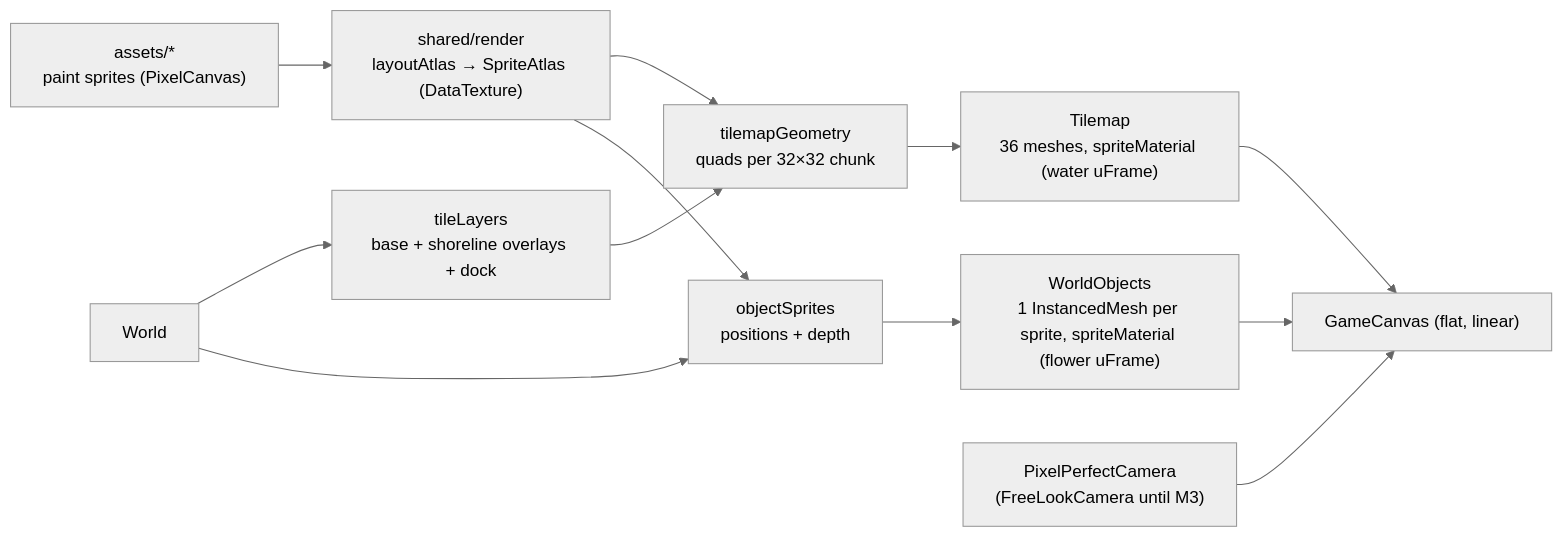
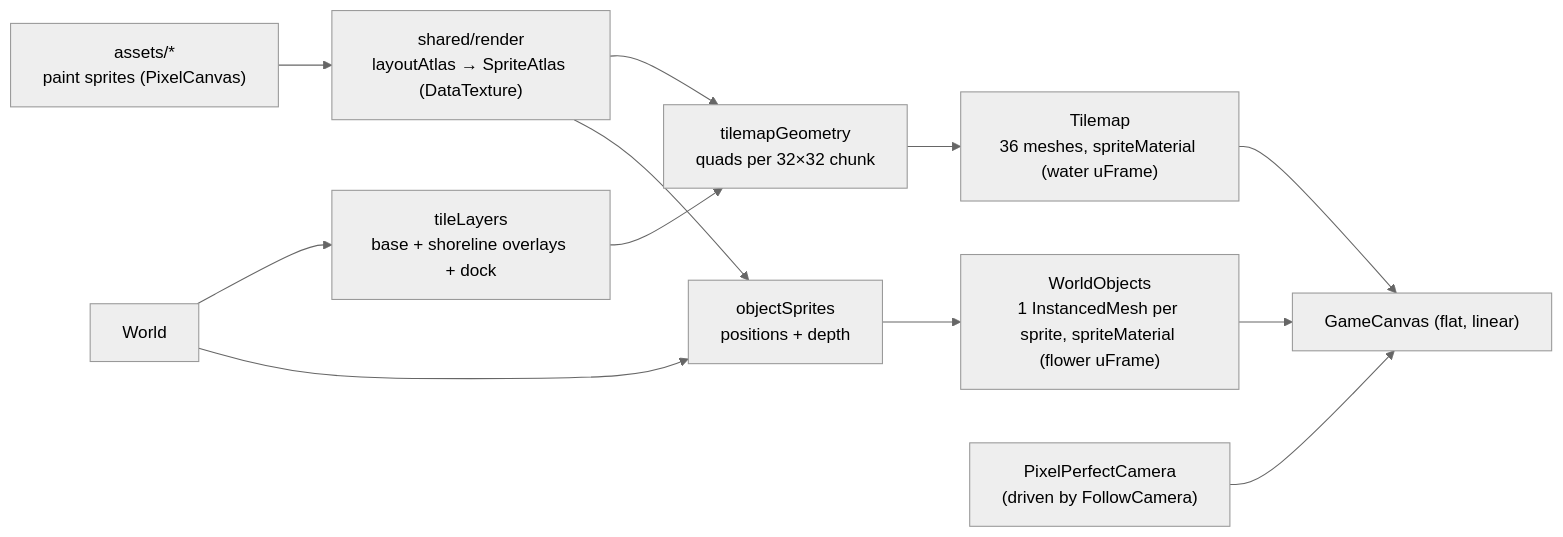
Before and after one commit to charlesj29/slow-living: the third of 3 diagrams in docs/ARCHITECTURE.md, drawn with Mermaid (neutral theme). The commit also changed other lines of this file and 39 other files, not shown here.

First line of the commit message:
feat(island): M3 player - explorer character, movement with collision, follow camera

````diff
--- a/docs/ARCHITECTURE.md
+++ b/docs/ARCHITECTURE.md
@@ -147,14 +172,14 @@
 ```mermaid
 flowchart LR
   Paint["assets/*<br/>paint sprites (PixelCanvas)"] --> Atlas["shared/render<br/>layoutAtlas → SpriteAtlas (DataTexture)"]
   World["World"] --> Layers["tileLayers<br/>base + shoreline overlays + dock"]
   Layers --> Geo["tilemapGeometry<br/>quads per 32×32 chunk"]
   Atlas --> Geo
   Geo --> Tilemap["Tilemap<br/>36 meshes, spriteMaterial (water uFrame)"]
   World --> Objs["objectSprites<br/>positions + depth"]
   Atlas --> Objs
   Objs --> Inst["WorldObjects<br/>1 InstancedMesh per sprite, spriteMaterial (flower uFrame)"]
-  Cam["PixelPerfectCamera<br/>(FreeLookCamera until M3)"] --> Canvas["GameCanvas (flat, linear)"]
+  Cam["PixelPerfectCamera<br/>(driven by FollowCamera)"] --> Canvas["GameCanvas (flat, linear)"]
   Tilemap --> Canvas
   Inst --> Canvas
 ```
````
